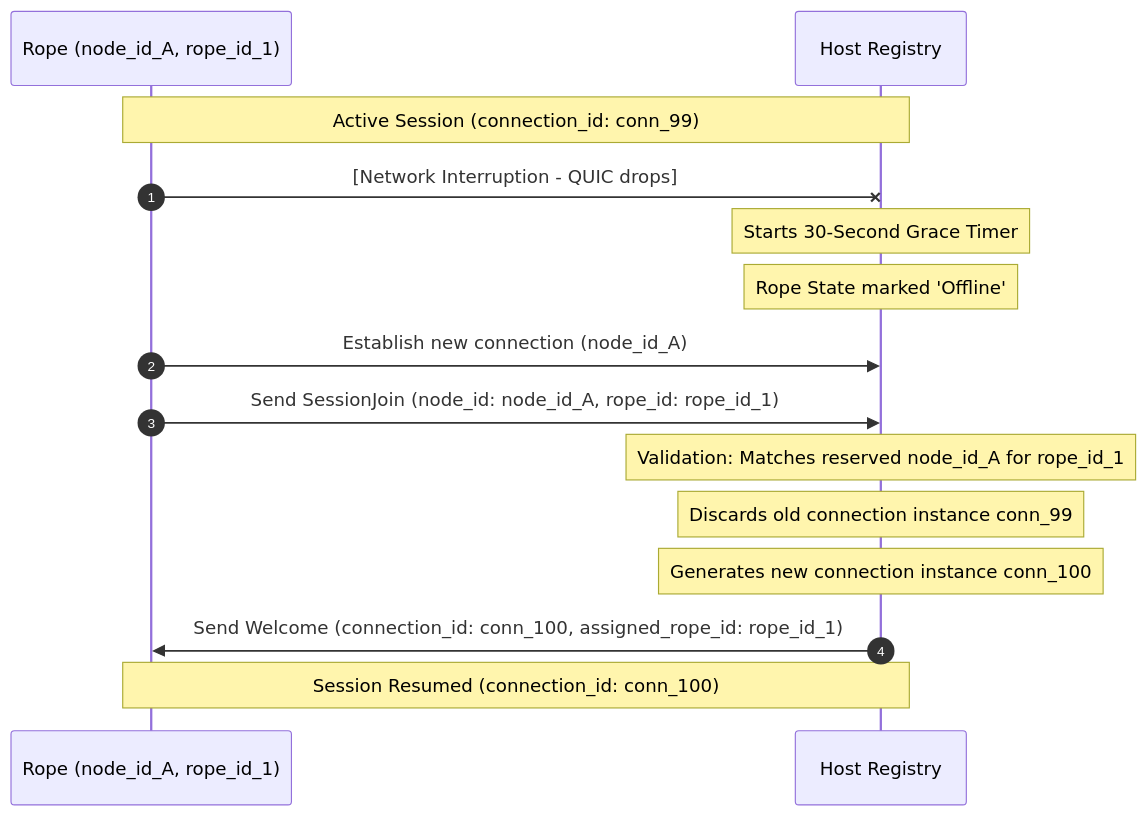
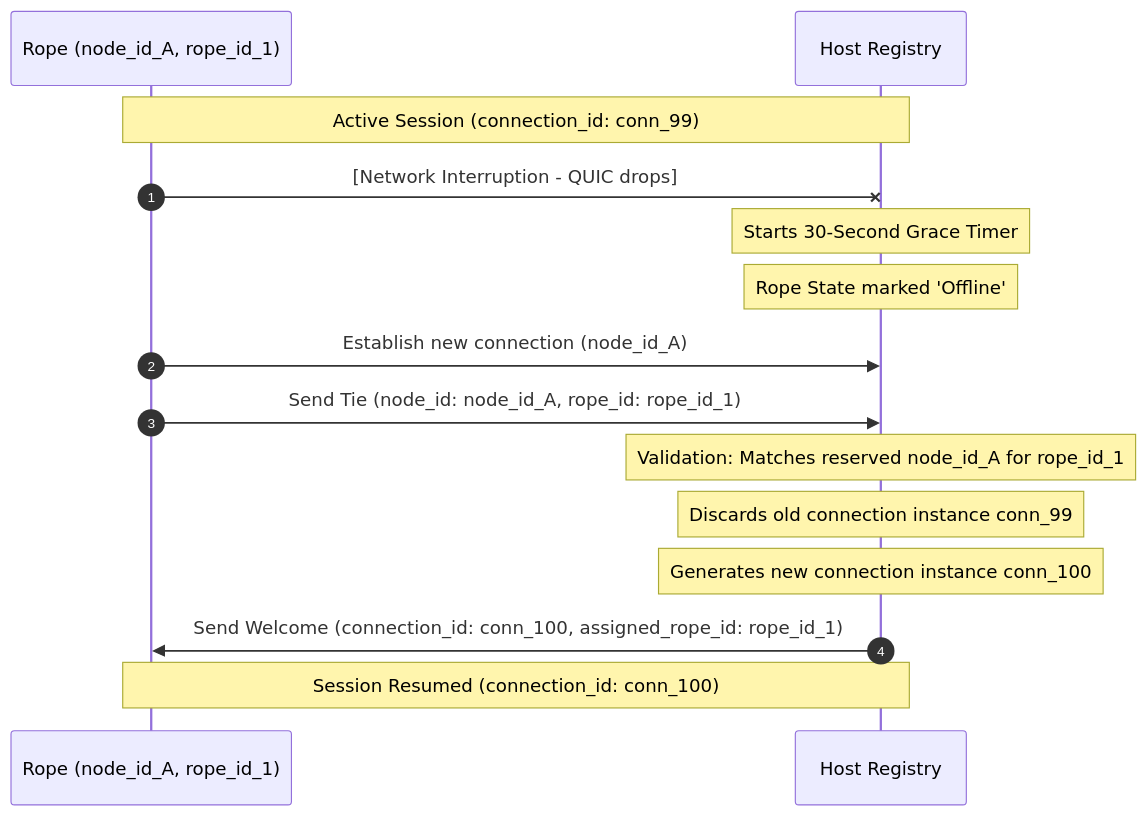
Before and after one commit to Jitpomi/knot-protocol: the third of 3 diagrams in docs/STATE.md, drawn with Mermaid. The commit also changed other lines of this file and 9 other files, not shown here.

Commit message:
Rename SessionJoin wire command to Tie in core code, tests, and specification docs

````diff
--- a/docs/STATE.md
+++ b/docs/STATE.md
@@ -72,19 +72,19 @@
 ```mermaid
 sequenceDiagram
     autonumber
     participant R as Rope (node_id_A, rope_id_1)
     participant H as Host Registry
 
     Note over R, H: Active Session (connection_id: conn_99)
     R-xH: [Network Interruption - QUIC drops]
     Note over H: Starts 30-Second Grace Timer
     Note over H: Rope State marked 'Offline'
     
     R->>H: Establish new connection (node_id_A)
-    R->>H: Send SessionJoin (node_id: node_id_A, rope_id: rope_id_1)
+    R->>H: Send Tie (node_id: node_id_A, rope_id: rope_id_1)
     Note over H: Validation: Matches reserved node_id_A for rope_id_1
     Note over H: Discards old connection instance conn_99
     Note over H: Generates new connection instance conn_100
     H->>R: Send Welcome (connection_id: conn_100, assigned_rope_id: rope_id_1)
     Note over R, H: Session Resumed (connection_id: conn_100)
 ```
````
